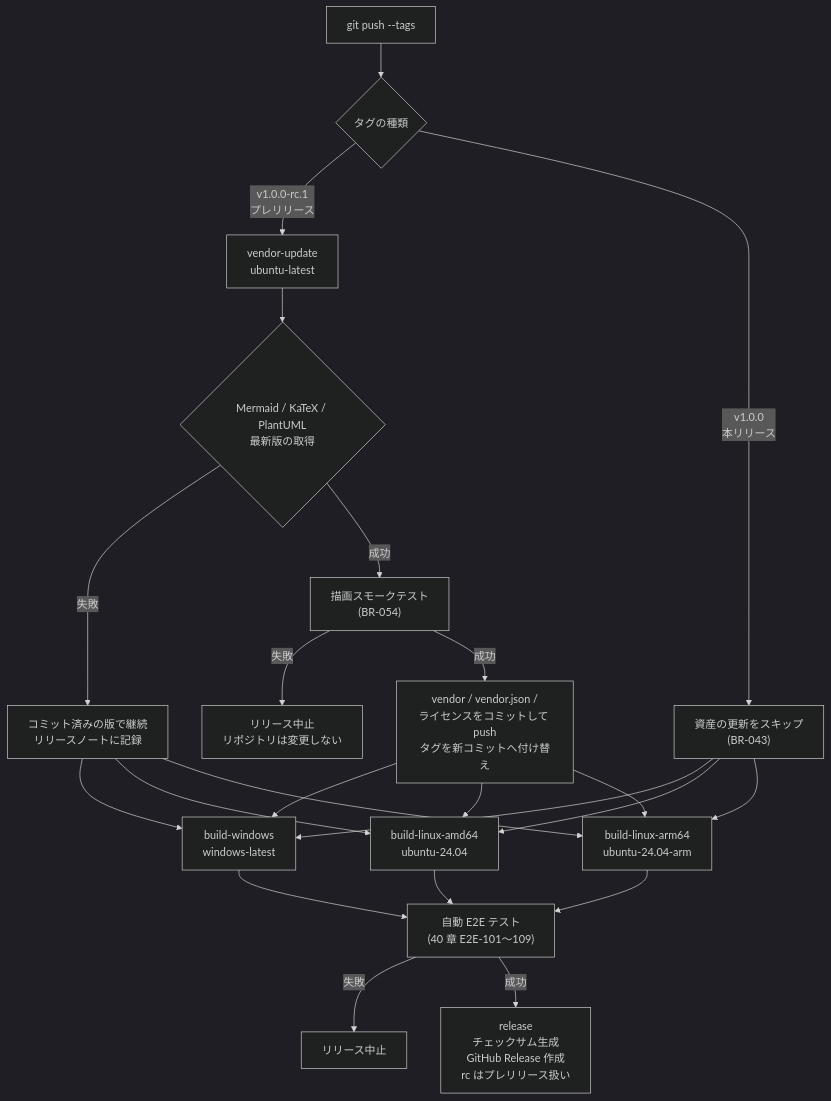
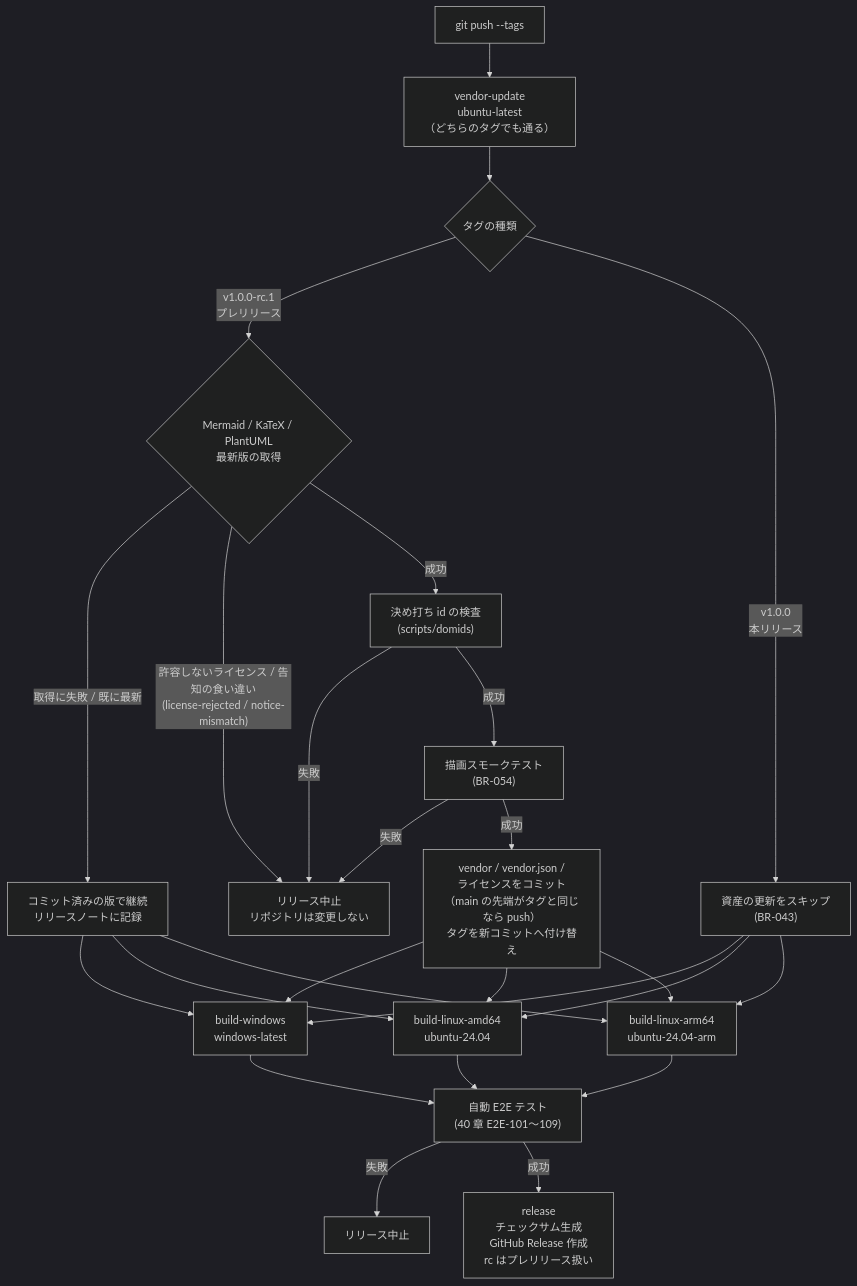
The diagram in docs/specs/06-build-release.md (kznagamori/go_MarkView), drawn with Mermaid (dark theme) before and after one commit. The commit also changed other lines of this file and 25 other files, not shown here.

````diff
--- a/docs/specs/06-build-release.md
+++ b/docs/specs/06-build-release.md
@@ -334,25 +336,28 @@
 ```mermaid
 flowchart TD
-    T["git push --tags"] --> P{"タグの種類"}
-    P -->|"v1.0.0-rc.1<br/>プレリリース"| V["vendor-update<br/>ubuntu-latest"]
+    T["git push --tags"] --> V["vendor-update<br/>ubuntu-latest<br/>（どちらのタグでも通る）"]
+    V --> P{"タグの種類"}
+    P -->|"v1.0.0-rc.1<br/>プレリリース"| F{"Mermaid / KaTeX / PlantUML<br/>最新版の取得"}
     P -->|"v1.0.0<br/>本リリース"| SKIP["資産の更新をスキップ<br/>(BR-043)"]
-    V --> F{"Mermaid / KaTeX / PlantUML<br/>最新版の取得"}
-    F -->|失敗| K["コミット済みの版で継続<br/>リリースノートに記録"]
-    F -->|成功| S["描画スモークテスト<br/>(BR-054)"]
-    S -->|失敗| X["リリース中止<br/>リポジトリは変更しない"]
-    S -->|成功| C["vendor / vendor.json /<br/>ライセンスをコミットして push<br/>タグを新コミットへ付け替え"]
+    F -->|"取得に失敗 / 既に最新"| K["コミット済みの版で継続<br/>リリースノートに記録"]
+    F -->|"許容しないライセンス / 告知の食い違い<br/>(license-rejected / notice-mismatch)"| X["リリース中止<br/>リポジトリは変更しない"]
+    F -->|成功| D["決め打ち id の検査<br/>(scripts/domids)"]
+    D -->|失敗| X
+    D -->|成功| S["描画スモークテスト<br/>(BR-054)"]
+    S -->|失敗| X
+    S -->|成功| C["vendor / vendor.json /<br/>ライセンスをコミット<br/>（main の先端がタグと同じなら push）<br/>タグを新コミットへ付け替え"]
     C --> B1["build-windows<br/>windows-latest"]
     C --> B2["build-linux-amd64<br/>ubuntu-24.04"]
     C --> B3["build-linux-arm64<br/>ubuntu-24.04-arm"]
     K --> B1
     SKIP --> B1
     SKIP --> B2
     SKIP --> B3
     K --> B2
     K --> B3
     B1 --> A["自動 E2E テスト<br/>(40 章 E2E-101〜109)"]
     B2 --> A
     B3 --> A
     A -->|失敗| X2["リリース中止"]
     A -->|成功| R["release<br/>チェックサム生成<br/>GitHub Release 作成<br/>rc はプレリリース扱い"]
 ```
````
